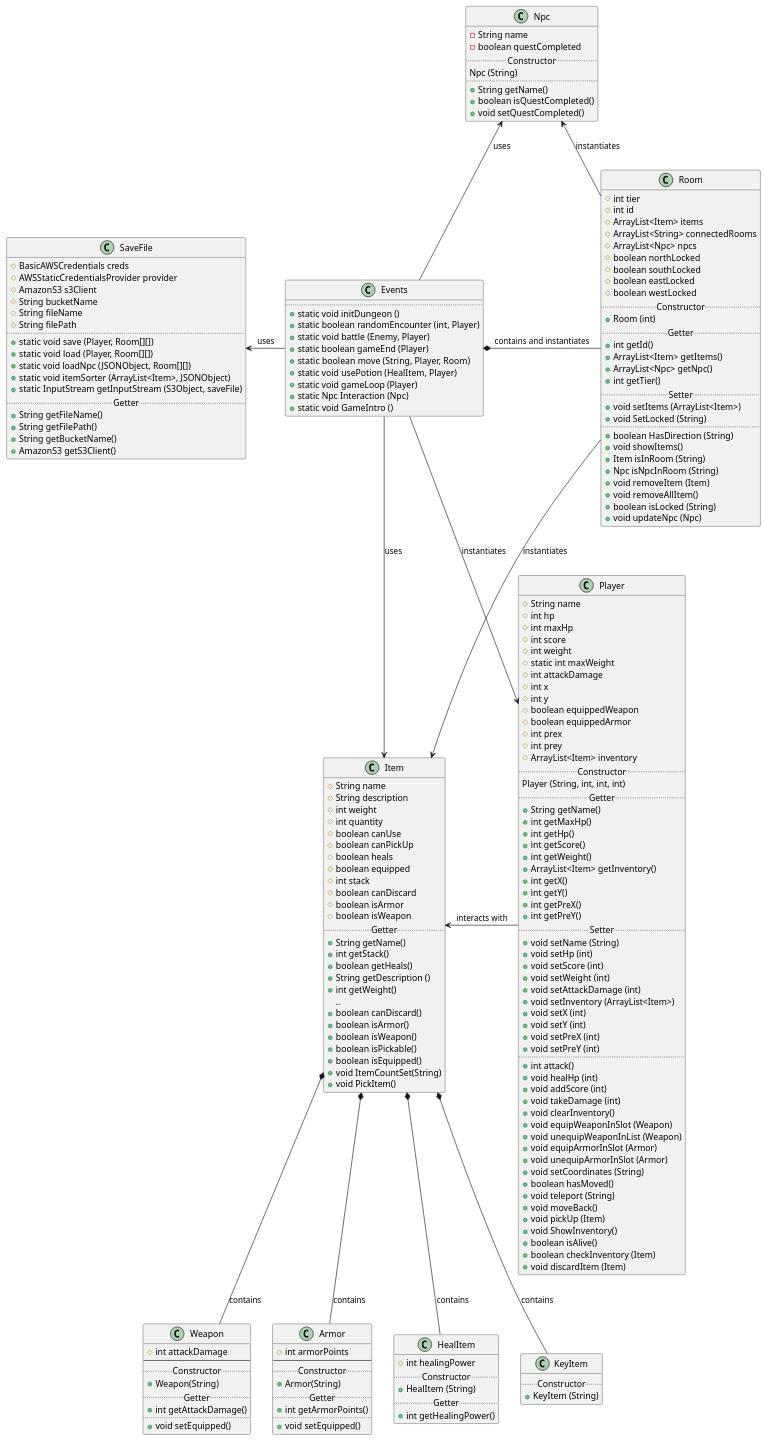
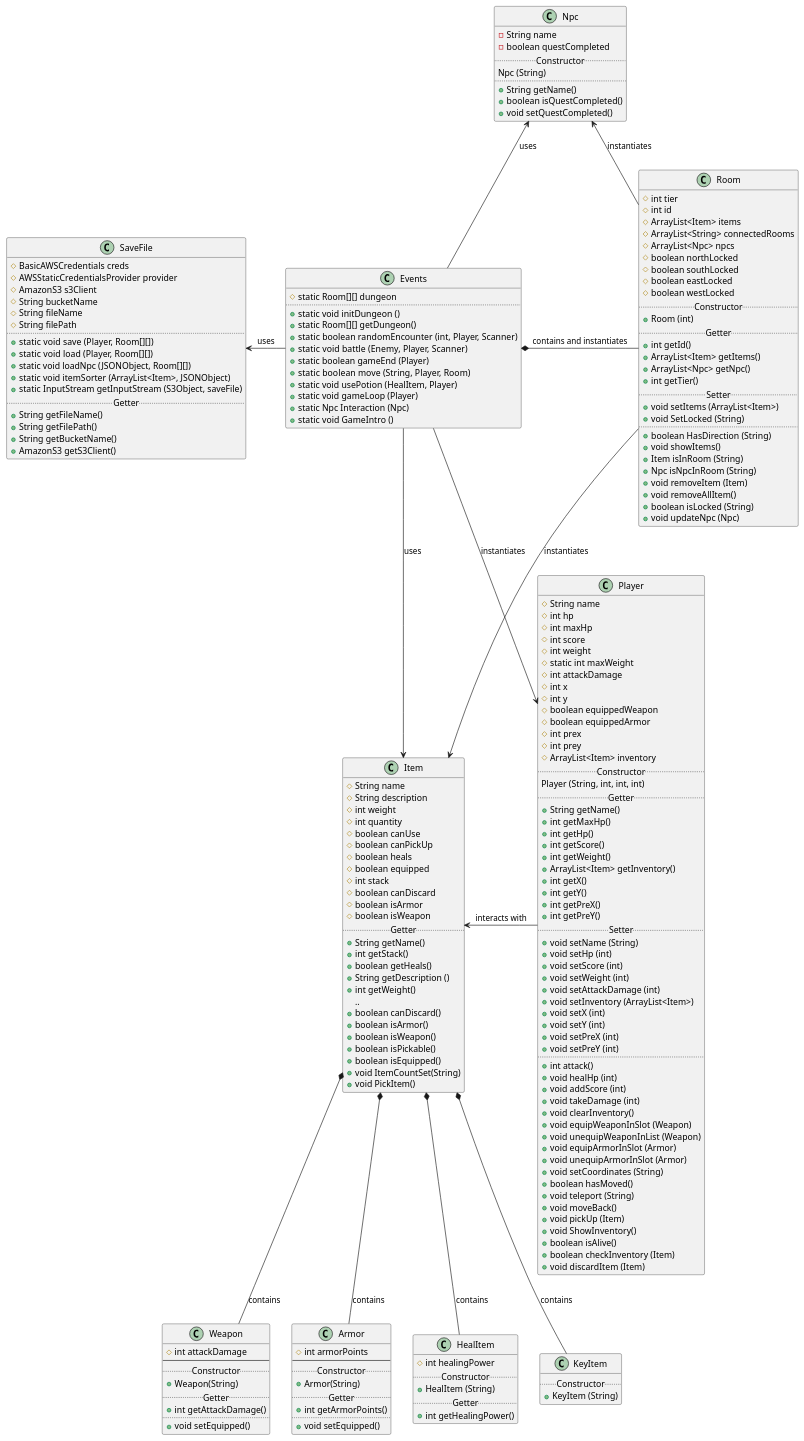
The diagram in ClassDiagram.md (TeoSimii/SoftwareEngineeringProject), drawn with PlantUML before and after one commit.

```diff
--- a/ClassDiagram.md
+++ b/ClassDiagram.md
@@ -171,10 +171,12 @@
 }
 
 class Events {
+  # static Room[][] dungeon
   ..
   + static void initDungeon () 
-  + static boolean randomEncounter (int, Player)
-  + static void battle (Enemy, Player)
+  + static Room[][] getDungeon()
+  + static boolean randomEncounter (int, Player, Scanner)
+  + static void battle (Enemy, Player, Scanner)
   + static boolean gameEnd (Player)
   + static boolean move (String, Player, Room)
   + static void usePotion (HealItem, Player)
```
